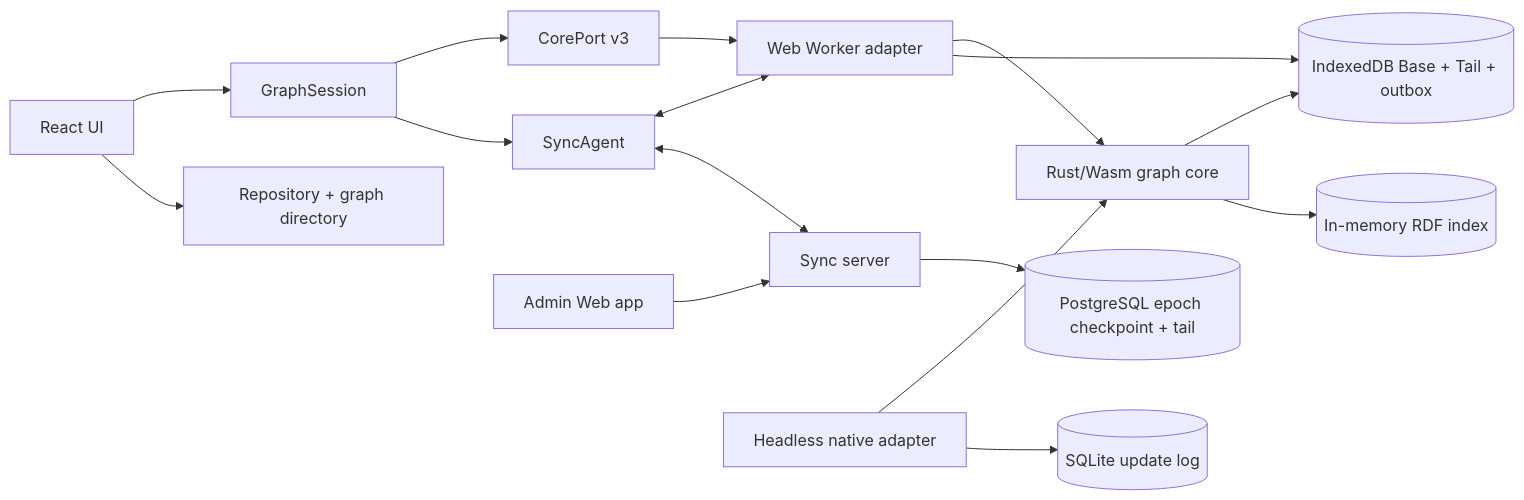
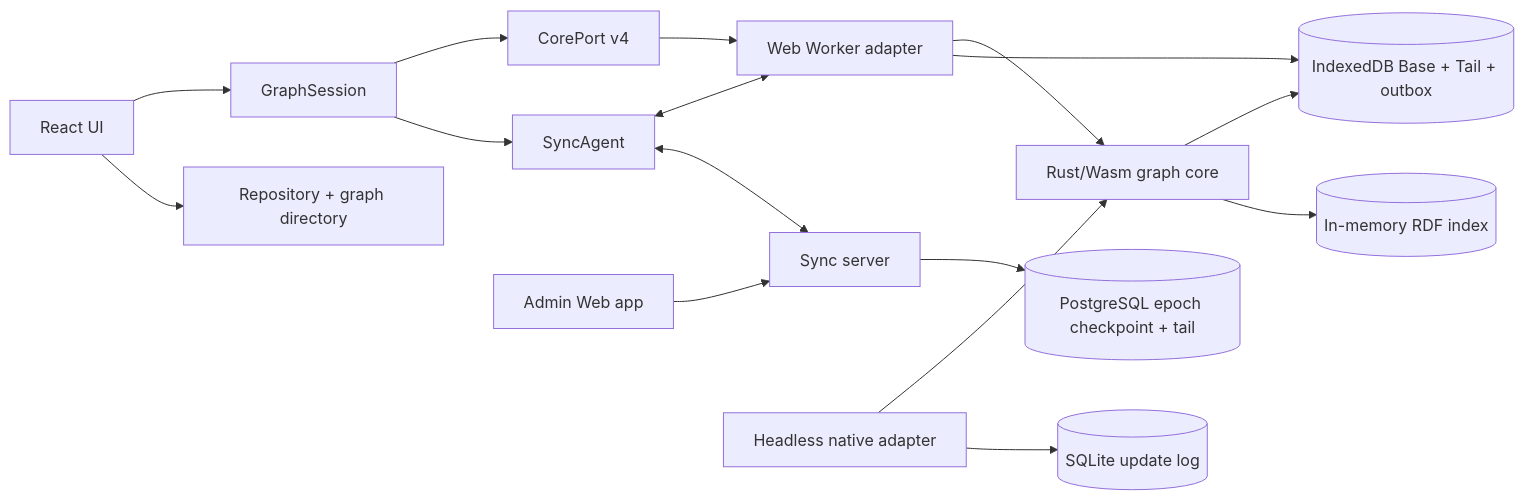
Before and after one commit to waneon/neoseq: the diagram in ARCHITECTURE.md, drawn with Mermaid. The commit also changed other lines of this file and 106 other files, not shown here.

````diff
--- a/ARCHITECTURE.md
+++ b/ARCHITECTURE.md
@@ -43,21 +43,21 @@
 ```mermaid
 flowchart LR
     UI[React UI] --> Session[GraphSession]
     UI --> Directory[Repository + graph directory]
-    Session --> Port[CorePort v3]
+    Session --> Port[CorePort v4]
     Session --> Agent[SyncAgent]
     Port --> Worker[Web Worker adapter]
     Worker --> Core[Rust/Wasm graph core]
     Worker --> Store[(IndexedDB Base + Tail + outbox)]
     Core --> Store
     Core --> Index[(In-memory RDF index)]
 
     Agent <--> Worker
     Agent <--> Sync[Sync server]
     Sync --> Postgres[(PostgreSQL epoch checkpoint + tail)]
 
     Admin[Admin Web app] --> Sync
 
     Native[Headless native adapter] --> Core
     Native --> SQLite[(SQLite update log)]
 ```
````
